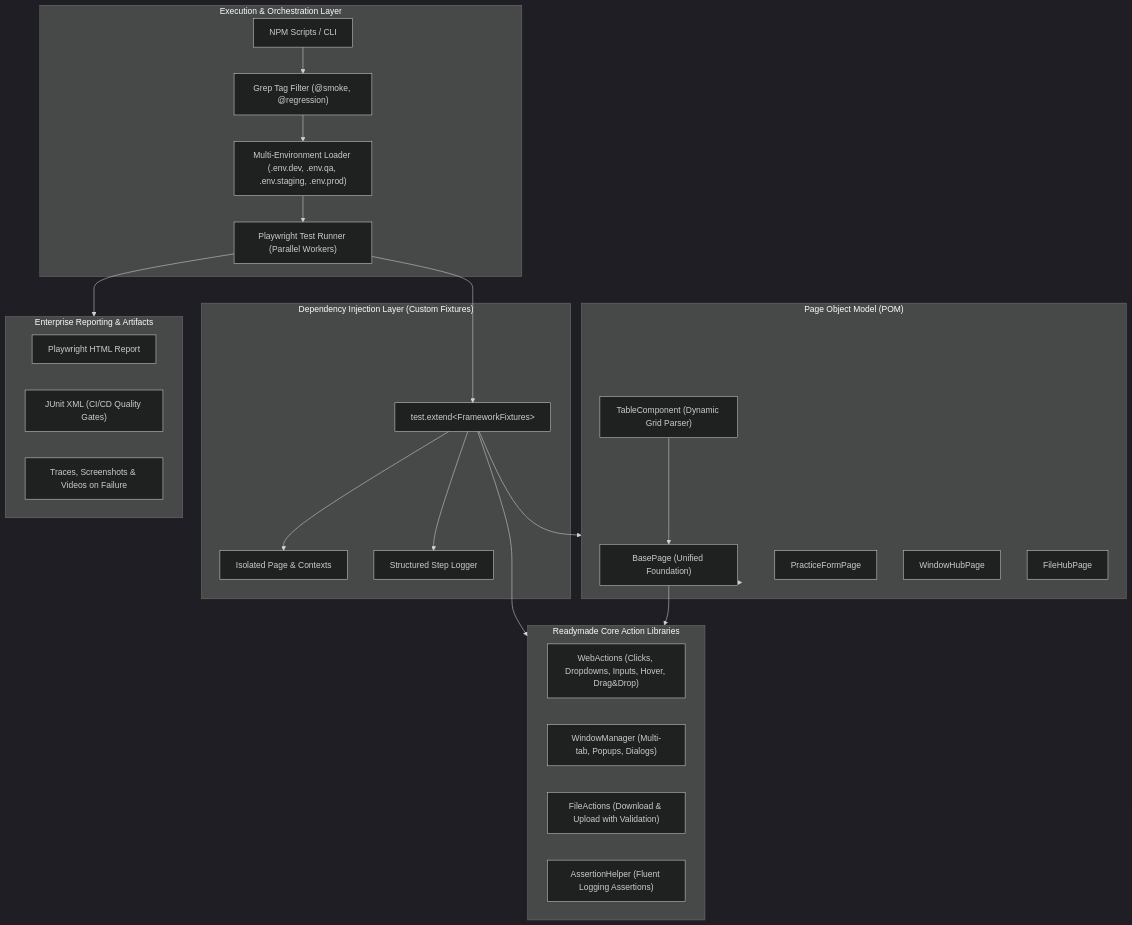
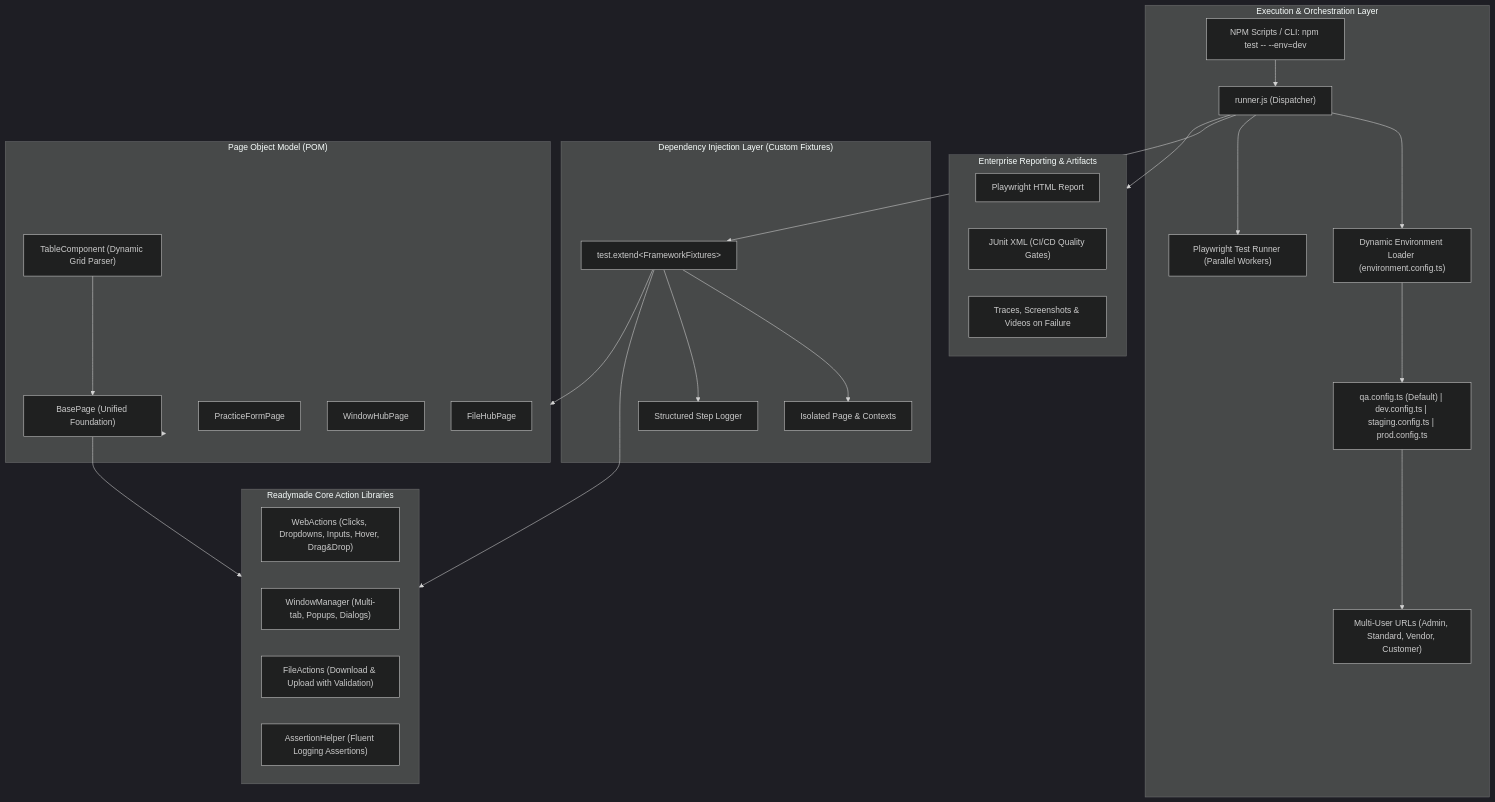
One commit to waqar507/PlaywrightAutomationFramework changed the diagram in README.md. Above: the diagram before and after it, drawn with Mermaid (dark theme). The commit also changed other lines of this file and 17 other files, not shown here.

````diff
--- a/README.md
+++ b/README.md
@@ -15,42 +15,44 @@
 ```mermaid
 flowchart TD
     subgraph CLI ["Execution & Orchestration Layer"]
-        NPM["NPM Scripts / CLI"] --> Grep["Grep Tag Filter (@smoke, @regression)"]
-        Grep --> EnvLoader["Multi-Environment Loader (.env.dev, .env.qa, .env.staging, .env.prod)"]
-        EnvLoader --> Runner["Playwright Test Runner (Parallel Workers)"]
+        NPM["NPM Scripts / CLI: npm test -- --env=dev"] --> Runner["runner.js (Dispatcher)"]
+        Runner --> EnvLoader["Dynamic Environment Loader (environment.config.ts)"]
+        EnvLoader --> TSConfigs["qa.config.ts (Default) | dev.config.ts | staging.config.ts | prod.config.ts"]
+        TSConfigs --> MultiUser["Multi-User URLs (Admin, Standard, Vendor, Customer)"]
+        Runner --> PlaywrightRunner["Playwright Test Runner (Parallel Workers)"]
     end
 
     subgraph FixtureLayer ["Dependency Injection Layer (Custom Fixtures)"]
         Runner --> Fixtures["test.extend&lt;FrameworkFixtures&gt;"]
         Fixtures --> PagePool["Isolated Page & Contexts"]
         Fixtures --> LoggerContext["Structured Step Logger"]
     end
 
     subgraph CoreLib ["Readymade Core Action Libraries"]
         WebActions["WebActions (Clicks, Dropdowns, Inputs, Hover, Drag&Drop)"]
         WindowManager["WindowManager (Multi-tab, Popups, Dialogs)"]
         FileActions["FileActions (Download & Upload with Validation)"]
         AssertHelper["AssertionHelper (Fluent Logging Assertions)"]
     end
 
     subgraph POM ["Page Object Model (POM)"]
         BasePage["BasePage (Unified Foundation)"]
         PracticeForm["PracticeFormPage"]
         WindowHub["WindowHubPage"]
         FileHub["FileHubPage"]
         TableComp["TableComponent (Dynamic Grid Parser)"]
     end
 
     subgraph Reporting ["Enterprise Reporting & Artifacts"]
         HTMLRep["Playwright HTML Report"]
         JUnit["JUnit XML (CI/CD Quality Gates)"]
         Traces["Traces, Screenshots & Videos on Failure"]
     end
 
     Fixtures --> CoreLib
     Fixtures --> POM
     BasePage --> CoreLib
     POM --> BasePage
     TableComp --> BasePage
     Runner --> Reporting
 ```
````
